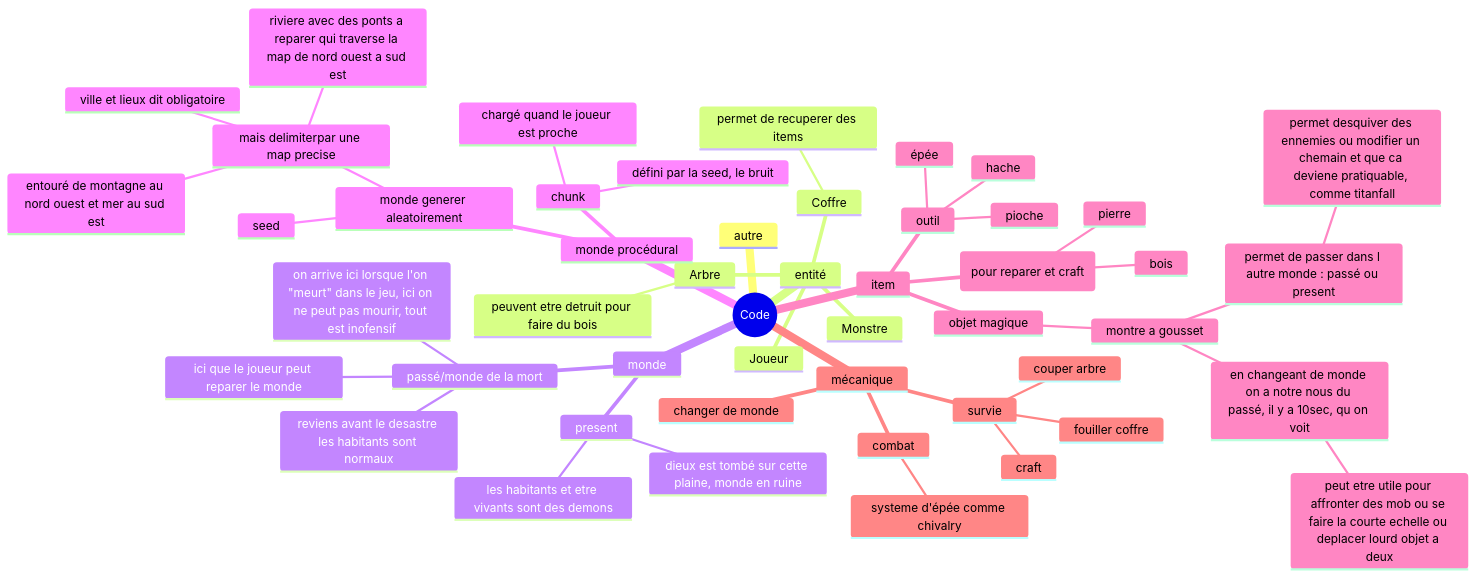
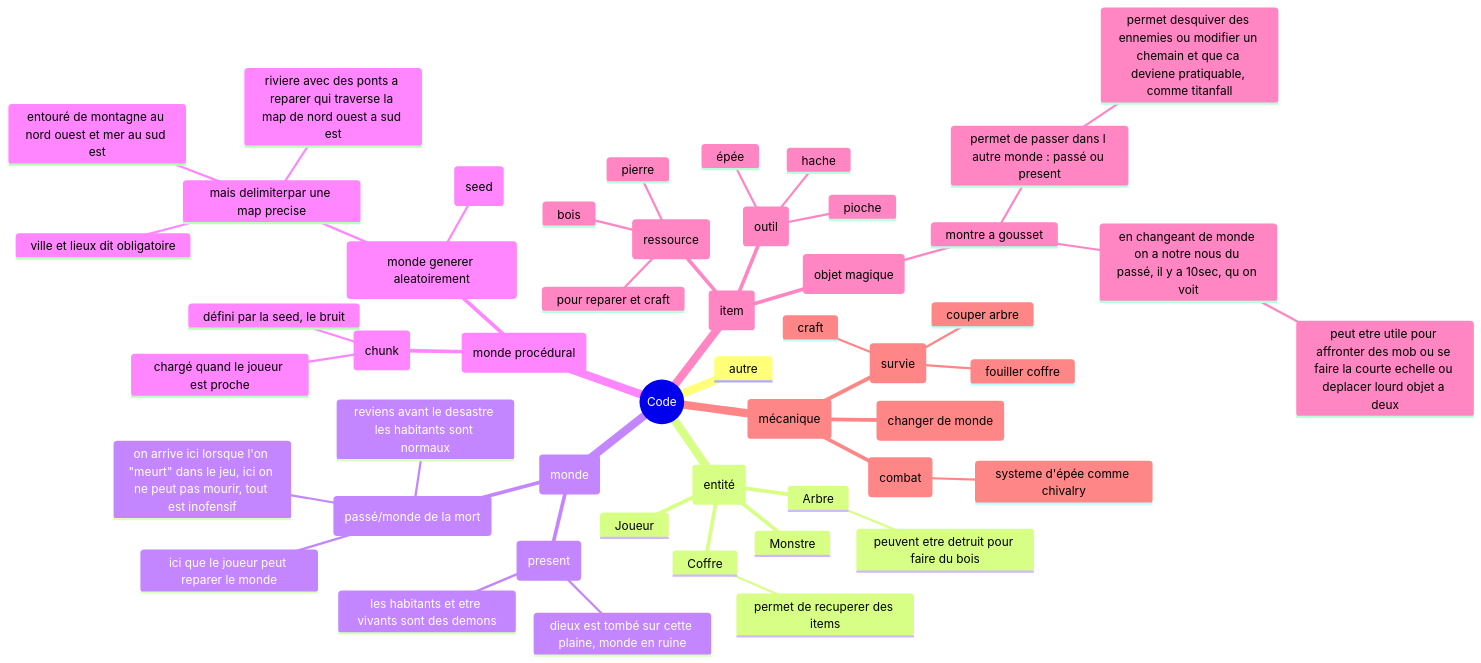
Before and after one commit to TheoHUETQC/adventure-game: the third of 3 diagrams in README.md, drawn with Mermaid. The commit also changed other lines of this file, not shown here.

````diff
--- a/README.md
+++ b/README.md
@@ -114,53 +130,54 @@
 ```mermaid
 mindmap
   root((Code))
     autre
-    entité
+    (entité)
       Joueur
       Monstre
       Arbre
         peuvent etre detruit pour faire du bois
       Coffre
         permet de recuperer des items
-    monde
-      present
+    (monde)
+      (present)
         dieux est tombé sur cette plaine, monde en ruine
         les habitants et etre vivants sont des demons
-      passé/monde de la mort
+      (passé/monde de la mort)
         on arrive ici lorsque l'on "meurt" dans le jeu, ici on ne peut pas mourir, tout est inofensif
         reviens avant le desastre les habitants sont normaux
         ici que le joueur peut reparer le monde
-    monde procédural
-      chunk
+    (monde procédural)
+      (chunk)
         défini par la seed, le bruit
         chargé quand le joueur est proche
-      monde generer aleatoirement
+      (monde generer aleatoirement)
         mais delimiterpar une map precise
           entouré de montagne au nord ouest et mer au sud est
           ville et lieux dit obligatoire
           riviere avec des ponts a reparer qui traverse la map de nord ouest a sud est
-        seed
-    item
-      ressource (pour reparer et craft)
+        (seed)
+    (item)
+      (ressource)
+        pour reparer et craft
         bois
         pierre
-      outil
+      (outil)
         hache
         épée
         pioche
-      objet magique
+      (objet magique)
         montre a gousset
           permet de passer dans l autre monde : passé ou present
             permet desquiver des ennemies ou modifier un chemain et que ca deviene pratiquable, comme titanfall
           en changeant de monde on a notre nous du passé, il y a 10sec, qu on voit
             peut etre utile pour affronter des mob ou se faire la courte echelle ou deplacer lourd objet a deux
-    mécanique
-      survie
+    (mécanique)
+      (survie)
         couper arbre
         fouiller coffre
         craft
-      combat
+      (combat)
         systeme d'épée comme chivalry
-      changer de monde
+      (changer de monde)
 
 ```
````
